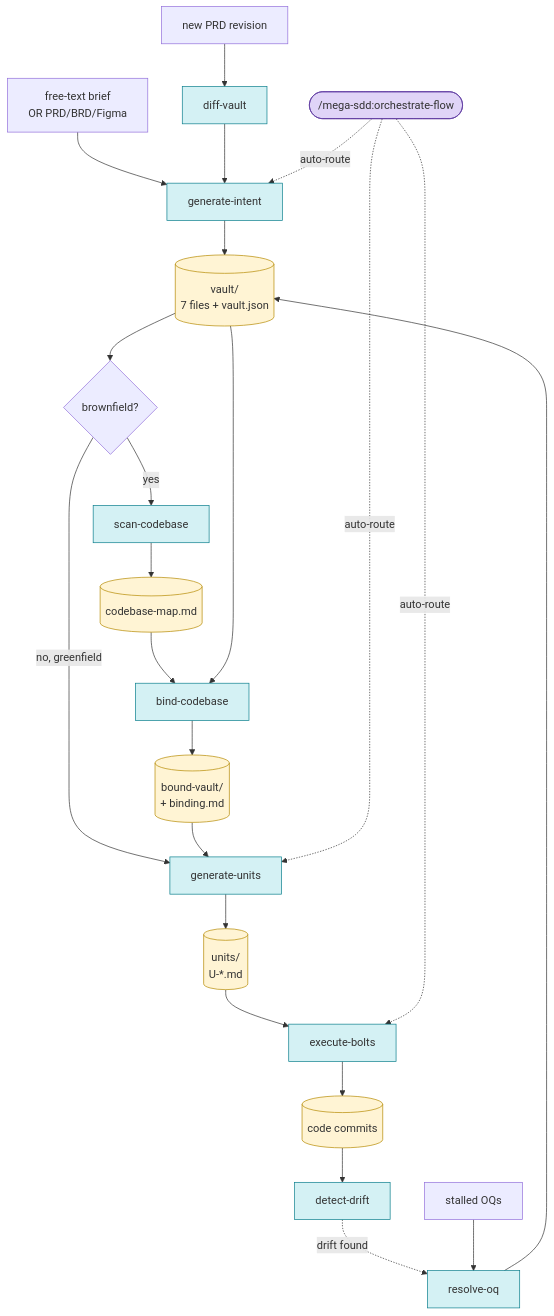
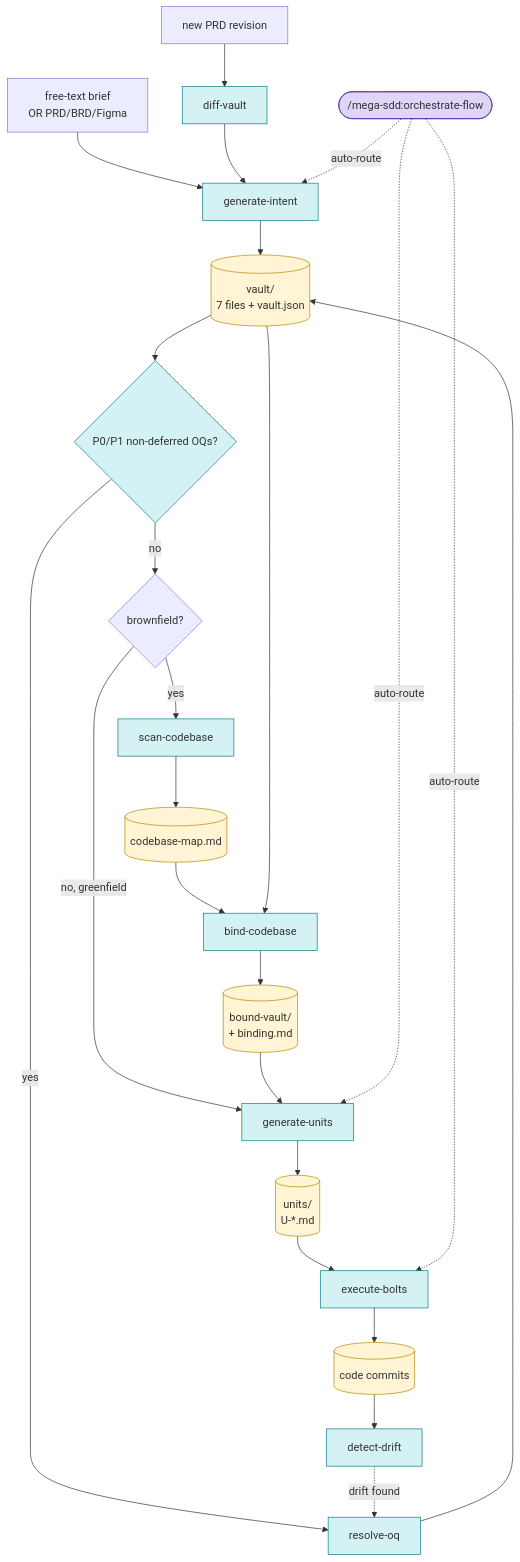
The second of 2 diagrams in README.md (FarhanRiuzaki/Mega-SDD), drawn with Mermaid before and after one commit. The commit also changed other lines of this file, not shown here.

````diff
--- a/README.md
+++ b/README.md
@@ -68,38 +75,37 @@
 ```mermaid
 flowchart TD
     A[free-text brief<br/>OR PRD/BRD/Figma] --> B[generate-intent]
     B --> V[(vault/<br/>7 files + vault.json)]
 
-    V --> C{brownfield?}
+    V --> OQG{P0/P1 non-deferred OQs?}
+    OQG -->|yes| RO[resolve-oq] --> V
+    OQG -->|no| C{brownfield?}
     C -->|no, greenfield| GU[generate-units]
     C -->|yes| S[scan-codebase]
     S --> M[(codebase-map.md)]
     M --> BI[bind-codebase]
     V --> BI
     BI --> BV[(bound-vault/<br/>+ binding.md)]
     BV --> GU
 
     GU --> U[(units/<br/>U-*.md)]
     U --> E[execute-bolts]
     E --> CO[(code commits)]
 
     CO --> DD[detect-drift]
-    DD -.drift found.-> RO[resolve-oq]
+    DD -.drift found.-> RO
 
     PRD2[new PRD revision] --> DV[diff-vault]
     DV --> B
-
-    OQ[stalled OQs] --> RO
-    RO --> V
 
     OF([/mega-sdd:orchestrate-flow]) -.auto-route.-> B
     OF -.auto-route.-> GU
     OF -.auto-route.-> E
 
     classDef phase fill:#d4f1f4,stroke:#0a7e8c
     classDef artifact fill:#fff4d4,stroke:#b58a00
     classDef entry fill:#e0d4f7,stroke:#5e3aa0
-    class B,S,BI,GU,E,DD,DV,RO phase
+    class B,S,BI,GU,E,DD,DV,RO,OQG phase
     class V,M,BV,U,CO artifact
     class OF entry
 ```
````
